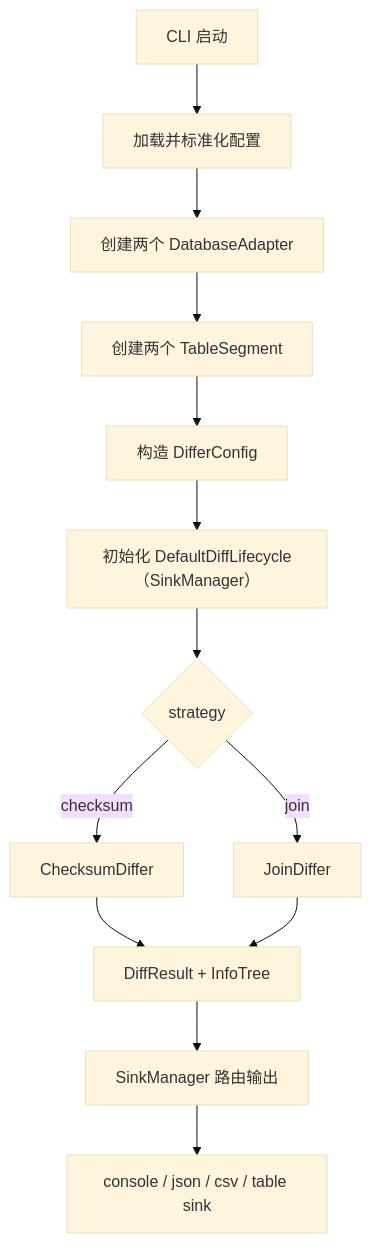
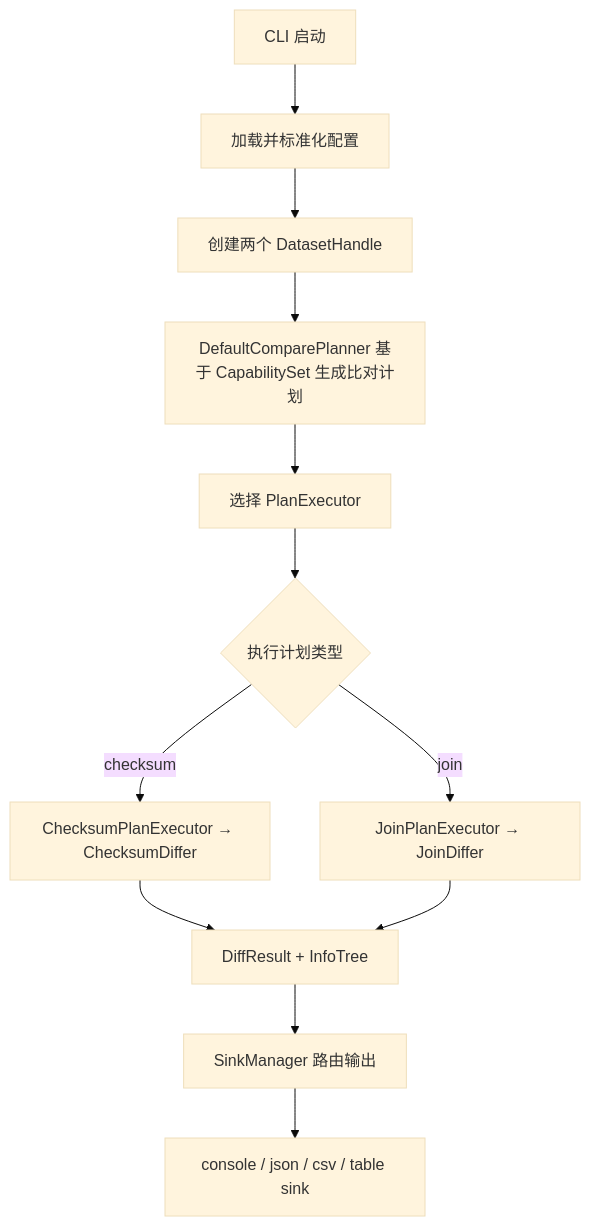
The diagram in docs/04-架构设计.md (datavane/consilens), drawn with Mermaid (base theme) before and after one commit. The commit also changed other lines of this file and 8 other files, not shown here.

Commit message:
docs: update all documentation to connector/dataset architecture

````diff
--- a/docs/04-架构设计.md
+++ b/docs/04-架构设计.md
@@ -81,15 +89,14 @@
 ```mermaid
 flowchart TD
     A["CLI 启动"] --> B["加载并标准化配置"]
-    B --> C["创建两个 DatabaseAdapter"]
-    C --> D["创建两个 TableSegment"]
-    D --> E["构造 DifferConfig"]
-    E --> F["初始化 DefaultDiffLifecycle（SinkManager）"]
-    F --> G{"strategy"}
-    G -->|checksum| H["ChecksumDiffer"]
-    G -->|join| I["JoinDiffer"]
-    H --> J["DiffResult + InfoTree"]
-    I --> J
-    J --> K["SinkManager 路由输出"]
-    K --> L["console / json / csv / table sink"]
+    B --> C["创建两个 DatasetHandle"]
+    C --> D["DefaultComparePlanner 基于 CapabilitySet 生成比对计划"]
+    D --> E["选择 PlanExecutor"]
+    E --> F{"执行计划类型"}
+    F -->|checksum| G["ChecksumPlanExecutor → ChecksumDiffer"]
+    F -->|join| H["JoinPlanExecutor → JoinDiffer"]
+    G --> I["DiffResult + InfoTree"]
+    H --> I
+    I --> J["SinkManager 路由输出"]
+    J --> K["console / json / csv / table sink"]
 ```
````
